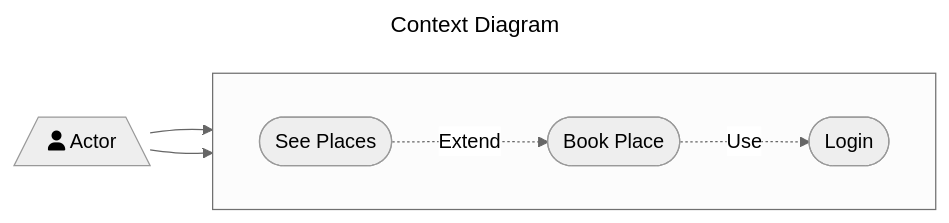
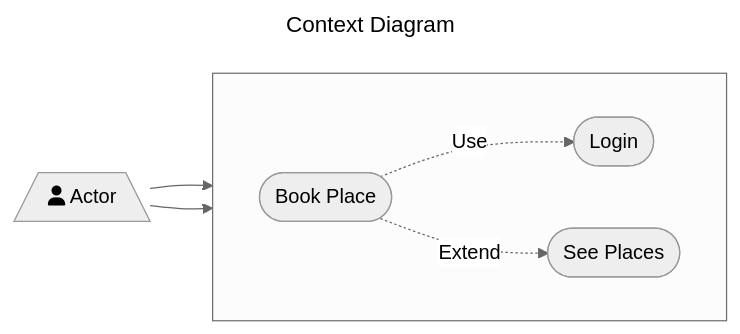
Before and after one commit to Kuziomkin/diagrams: the third of 3 diagrams in mermaid_elements.md, drawn with Mermaid.

````diff
--- a/mermaid_elements.md
+++ b/mermaid_elements.md
@@ -50,25 +50,25 @@
 ```mermaid
 ---
 title: Context Diagram
 config:
   layout: dagre
   look: classic
   theme: neutral
 ---
     flowchart LR
         %% define components
         A[/fa:fa-user Actor\]
 
         subgraph " "
             direction LR
             L([Login])
             G([See Places])
             B([Book Place])
         end
 
         %% define relationships
         A --> L
         A --> G
-        G -.Extend.-> B
+        B -.Extend.-> G
         B -.Use.-> L
 ```
````
